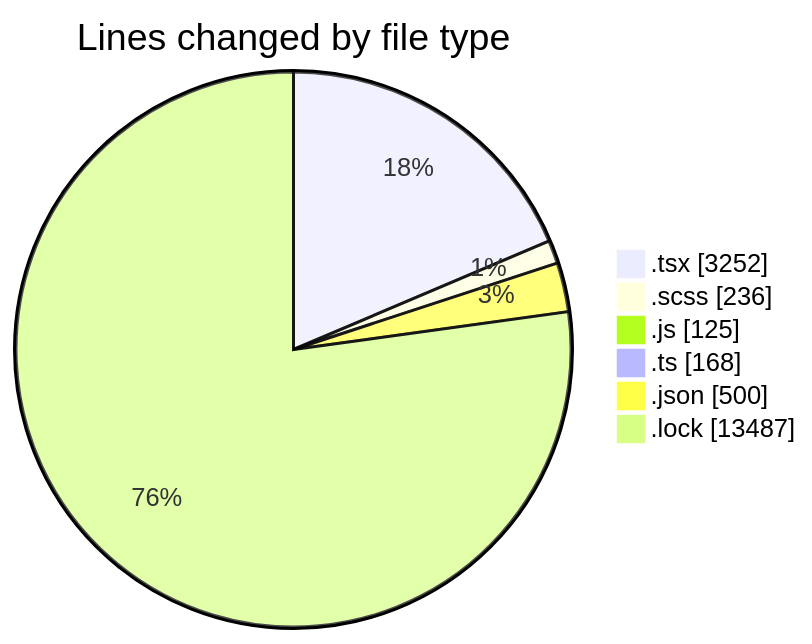
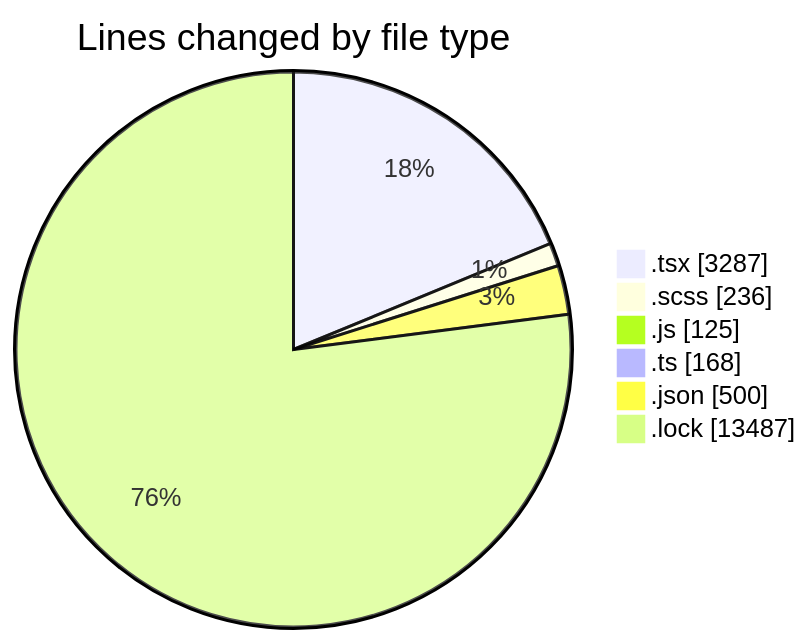
The first of 2 diagrams in 2026-04-24/cda/README.md (momahboobian/code-tracking), drawn with Mermaid before and after one commit. The commit also changed other lines of this file and 1 other file, not shown here.

````diff
--- a/2026-04-24/cda/README.md
+++ b/2026-04-24/cda/README.md
@@ -45,10 +45,10 @@
 ```mermaid
 pie showData
 title Lines changed by file type
-".tsx" : 3252
+".tsx" : 3287
 ".scss" : 236
 ".js" : 125
 ".ts" : 168
 ".json" : 500
 ".lock" : 13487
 ```
````
